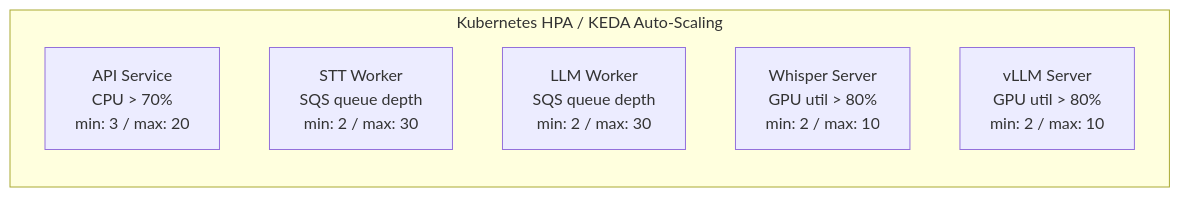
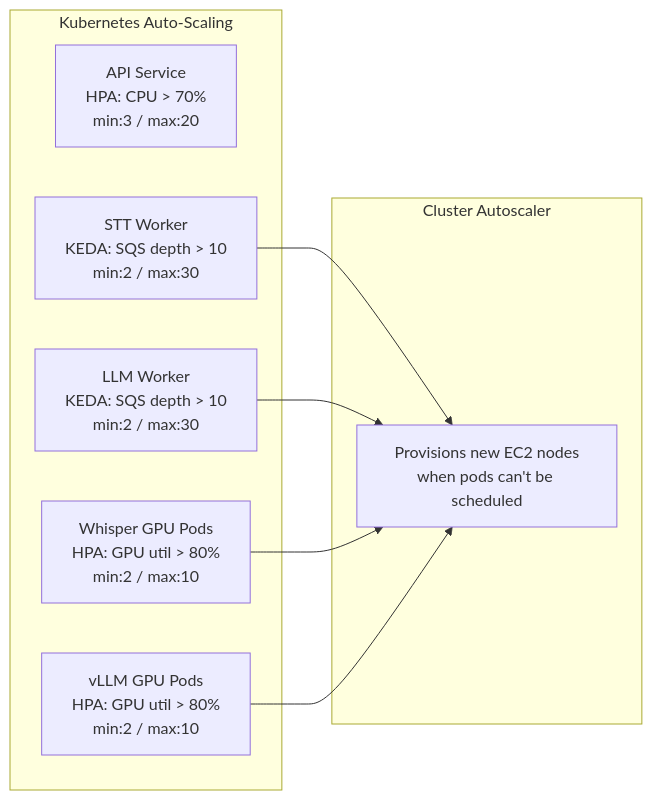
One commit to m24927605/system-architecture-design changed the sixth of 11 diagrams in ARCHITECTURE.md. Above: the diagram before and after it, drawn with Mermaid. The commit also changed other lines of this file, not shown here.

First line of the commit message:
docs: rewrite ARCHITECTURE.md with 3-phase evolutionary architecture

````diff
--- a/ARCHITECTURE.md
+++ b/ARCHITECTURE.md
@@ -286,10 +693,17 @@
 ```mermaid
 graph LR
-    subgraph HPA["Kubernetes HPA / KEDA Auto-Scaling"]
-        A["API Service<br/>CPU > 70%<br/>min: 3 / max: 20"]
-        B["STT Worker<br/>SQS queue depth<br/>min: 2 / max: 30"]
-        C["LLM Worker<br/>SQS queue depth<br/>min: 2 / max: 30"]
-        D["Whisper Server<br/>GPU util > 80%<br/>min: 2 / max: 10"]
-        E["vLLM Server<br/>GPU util > 80%<br/>min: 2 / max: 10"]
+    subgraph HPA["Kubernetes Auto-Scaling"]
+        A["API Service<br/>HPA: CPU > 70%<br/>min:3 / max:20"]
+        B["STT Worker<br/>KEDA: SQS depth > 10<br/>min:2 / max:30"]
+        C["LLM Worker<br/>KEDA: SQS depth > 10<br/>min:2 / max:30"]
+        D["Whisper GPU Pods<br/>HPA: GPU util > 80%<br/>min:2 / max:10"]
+        E["vLLM GPU Pods<br/>HPA: GPU util > 80%<br/>min:2 / max:10"]
     end
+    subgraph CA["Cluster Autoscaler"]
+        F["Provisions new EC2 nodes<br/>when pods can't be scheduled"]
+    end
+    B --> F
+    C --> F
+    D --> F
+    E --> F
 ```
````
